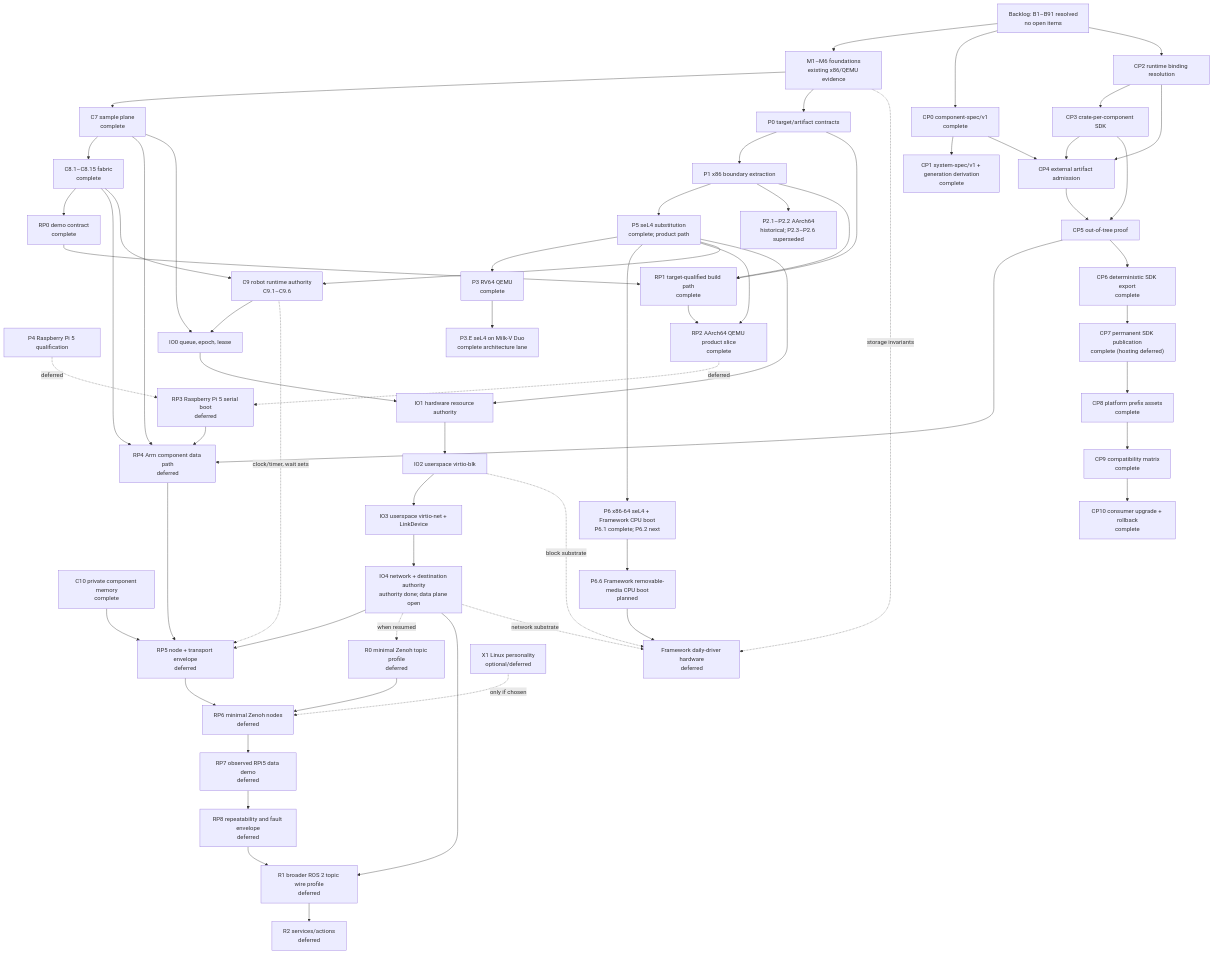
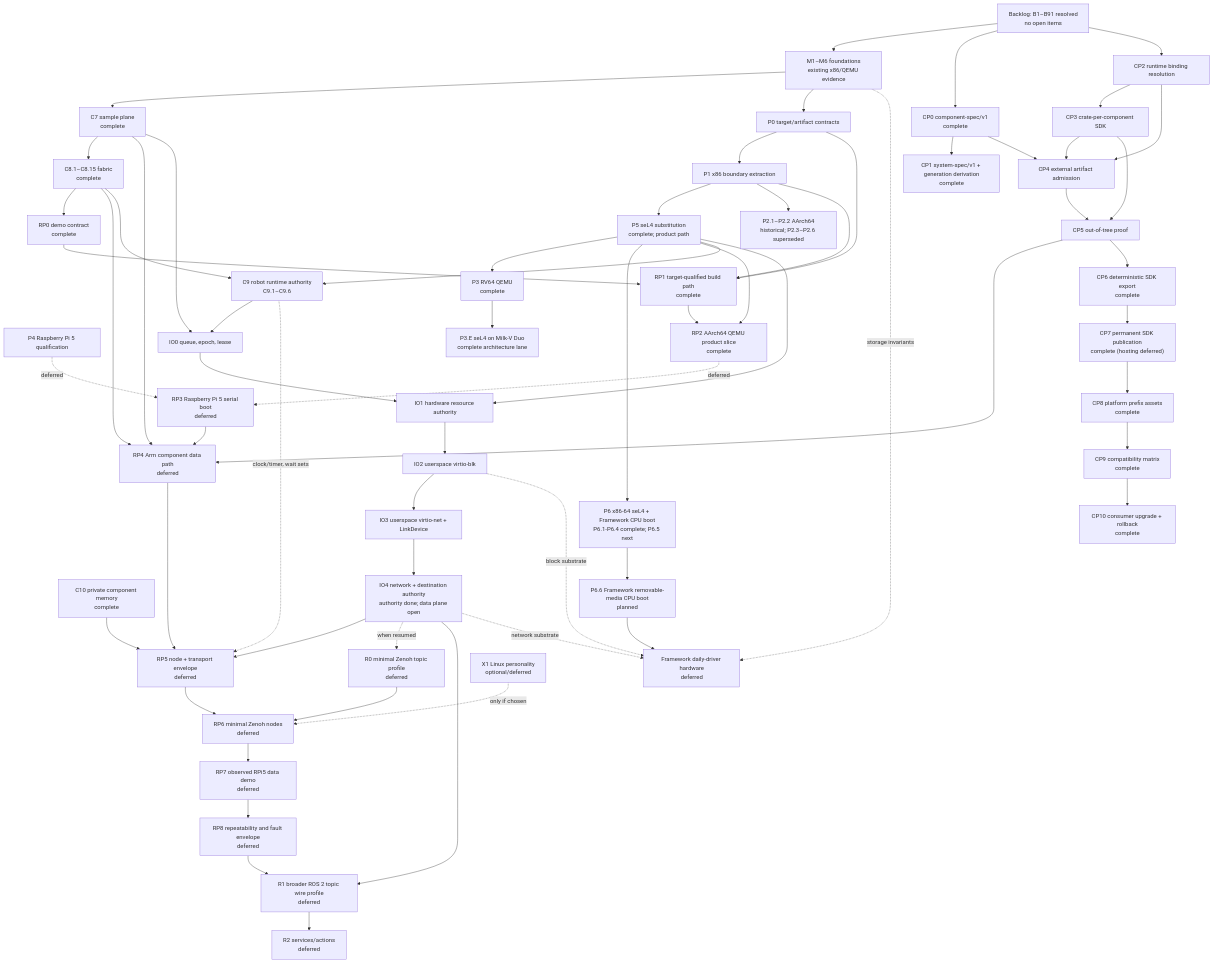
Before and after one commit to iceice666/slime_os: the diagram in roadmap/README.md, drawn with Mermaid. The commit also changed other lines of this file and 4 other files, not shown here.

First line of the commit message:
docs(framework/roadmap): close P6.2 through P6.4

```diff
--- a/roadmap/README.md
+++ b/roadmap/README.md
@@ -51,7 +51,7 @@
     P1["P1 x86 boundary extraction"]
     P2["P2.1–P2.2 AArch64\nhistorical; P2.3–P2.6 superseded"]
     P5["P5 seL4 substitution\ncomplete; product path"]
-    P6["P6 x86-64 seL4 + Framework CPU boot\nP6.1 complete; P6.2 next"]
+    P6["P6 x86-64 seL4 + Framework CPU boot\nP6.1-P6.4 complete; P6.5 next"]
     P4["P4 Raspberry Pi 5 qualification"]
     C9["C9 robot runtime authority\nC9.1–C9.6"]
     C10["C10 private component memory\ncomplete"]
```
